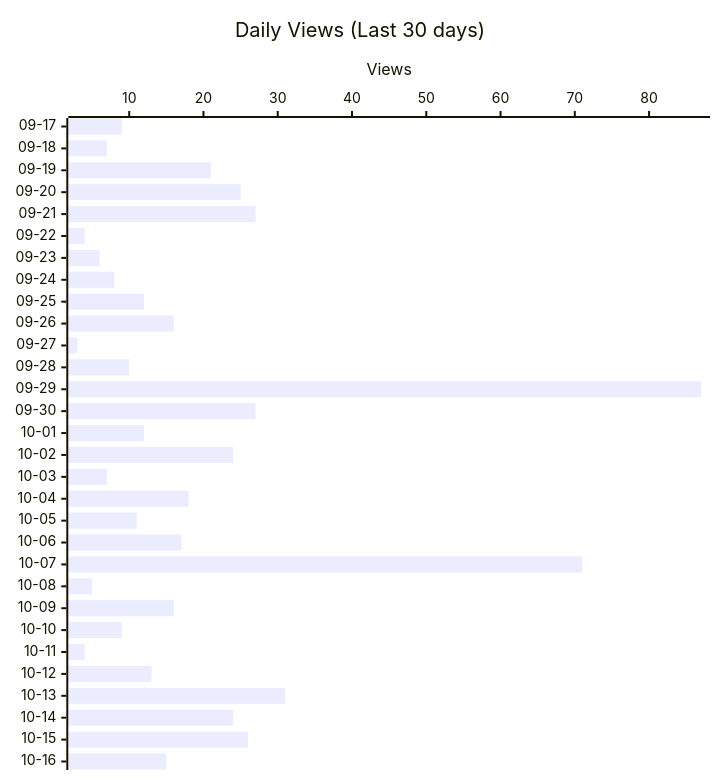
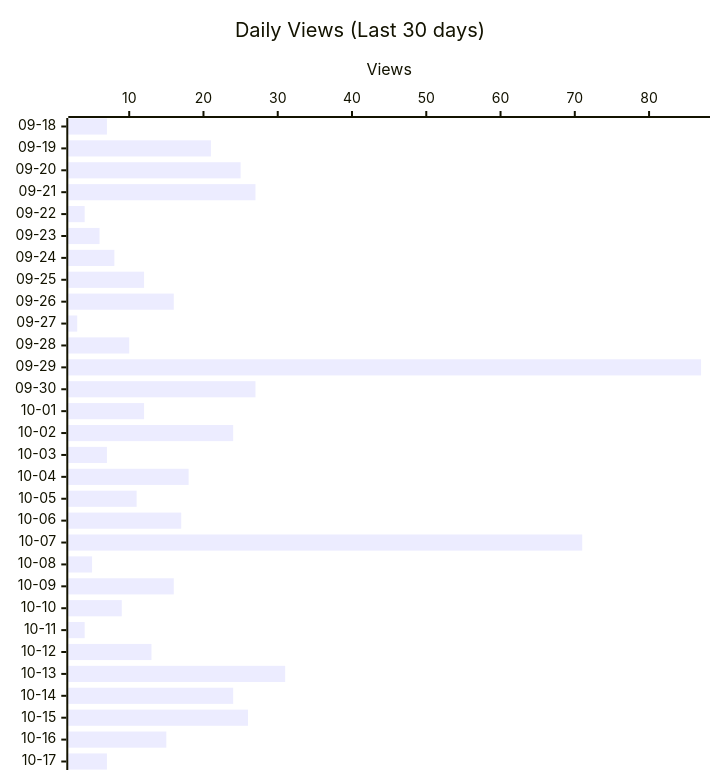
The second of 4 diagrams in README.md (shigechika/github-insights), drawn with Mermaid before and after one commit. The commit also changed other lines of this file and 2 other files, not shown here.

````diff
--- a/README.md
+++ b/README.md
@@ -28,12 +28,12 @@
 ```mermaid
 ---
 config:
   xyChart:
     height: 760
 ---
 xychart-beta horizontal
     title "Daily Views (Last 30 days)"
-    x-axis ["09-17", "09-18", "09-19", "09-20", "09-21", "09-22", "09-23", "09-24", "09-25", "09-26", "09-27", "09-28", "09-29", "09-30", "10-01", "10-02", "10-03", "10-04", "10-05", "10-06", "10-07", "10-08", "10-09", "10-10", "10-11", "10-12", "10-13", "10-14", "10-15", "10-16"]
+    x-axis ["09-18", "09-19", "09-20", "09-21", "09-22", "09-23", "09-24", "09-25", "09-26", "09-27", "09-28", "09-29", "09-30", "10-01", "10-02", "10-03", "10-04", "10-05", "10-06", "10-07", "10-08", "10-09", "10-10", "10-11", "10-12", "10-13", "10-14", "10-15", "10-16", "10-17"]
     y-axis "Views"
-    bar [9, 7, 21, 25, 27, 4, 6, 8, 12, 16, 3, 10, 87, 27, 12, 24, 7, 18, 11, 17, 71, 5, 16, 9, 4, 13, 31, 24, 26, 15]
+    bar [7, 21, 25, 27, 4, 6, 8, 12, 16, 3, 10, 87, 27, 12, 24, 7, 18, 11, 17, 71, 5, 16, 9, 4, 13, 31, 24, 26, 15, 7]
 ```
````
